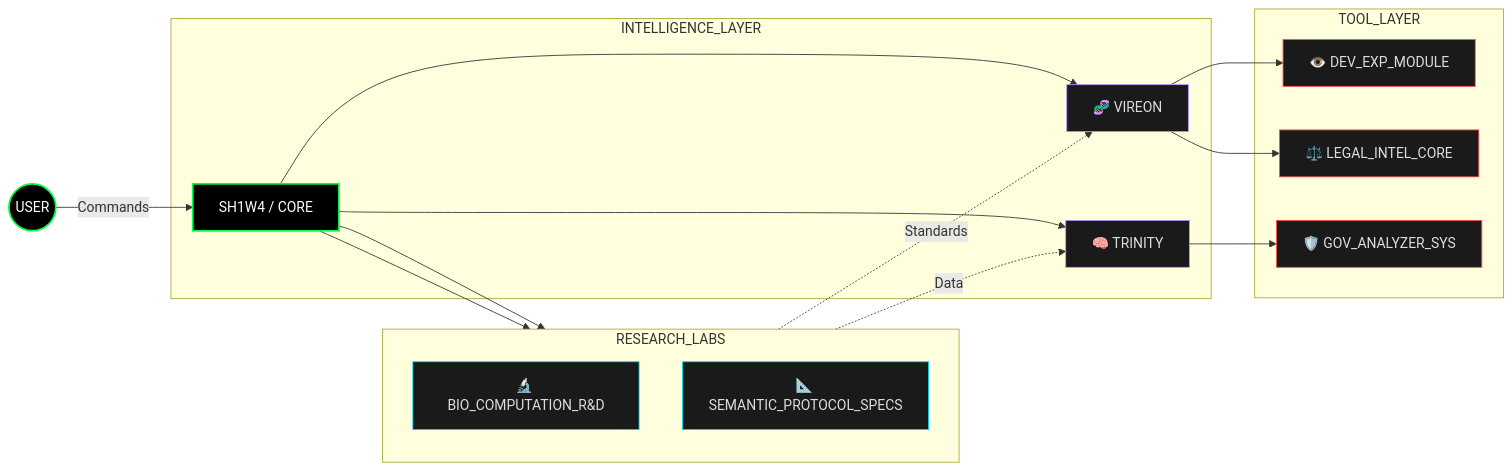
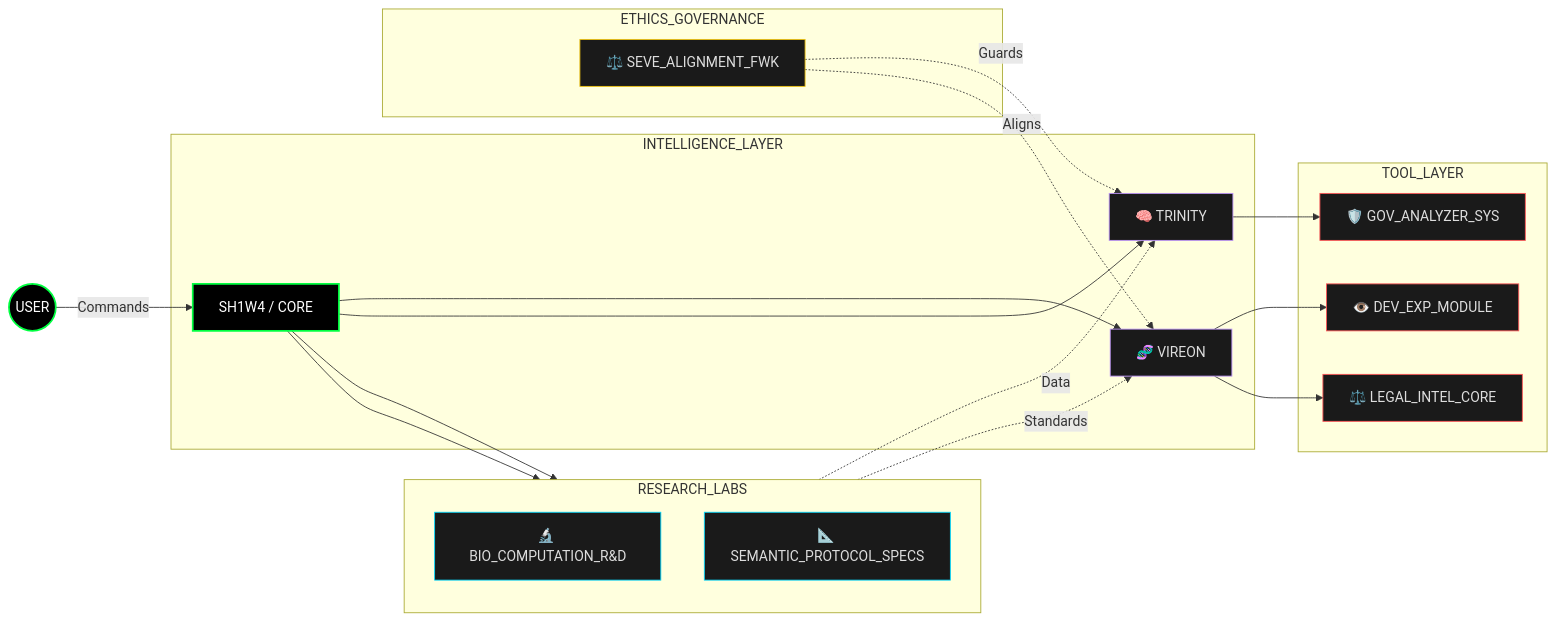
The diagram in README.md (SH1W4/sh1w4), drawn with Mermaid before and after one commit.

Commit message:
docs: integrate SEVE ethics framework into system architecture

````diff
--- a/README.md
+++ b/README.md
@@ -57,32 +57,41 @@
 ```mermaid
 graph LR
     %% Theme: Dark Cyberpunk
     classDef core fill:#000,stroke:#00ff41,stroke-width:2px,color:#fff;
     classDef agent fill:#1a1a1a,stroke:#bd93f9,stroke-width:1px,color:#ddd;
     classDef tool fill:#1a1a1a,stroke:#ff5555,stroke-width:1px,color:#ddd;
 
     User((USER)):::core -->|Commands| Core[SH1W4 / CORE]:::core
     
     subgraph INTELLIGENCE_LAYER
         Core --> VIREON[🧬 VIREON]:::agent
         Core --> TRINITY[🧠 TRINITY]:::agent
     end
     
     subgraph TOOL_LAYER
         VIREON --> DX_KIT[👁️ DEV_EXP_MODULE]:::tool
         VIREON --> LEGAL[⚖️ LEGAL_INTEL_CORE]:::tool
         TRINITY --> GOV[🛡️ GOV_ANALYZER_SYS]:::tool
     end
 
+    subgraph ETHICS_GOVERNANCE
+        SEVE[⚖️ SEVE_ALIGNMENT_FWK]:::ethics
+    end
+
     subgraph RESEARCH_LABS
         direction TB
         Core --> BIO[🔬 BIO_COMPUTATION_R&D]:::research
         Core --> PROTO[📐 SEMANTIC_PROTOCOL_SPECS]:::research
     end
     
+    %% Ethics Governs Intelligence
+    SEVE -.->|Guards| TRINITY
+    SEVE -.->|Aligns| VIREON
+
     %% Research feeds Intelligence
     BIO -.->|Data| TRINITY
     PROTO -.->|Standards| VIREON
 
     classDef research fill:#1a1a1a,stroke:#00d9ff,stroke-width:1px,color:#ddd;
+    classDef ethics fill:#1a1a1a,stroke:#f1c40f,stroke-width:1px,color:#ddd;
 ```
````
